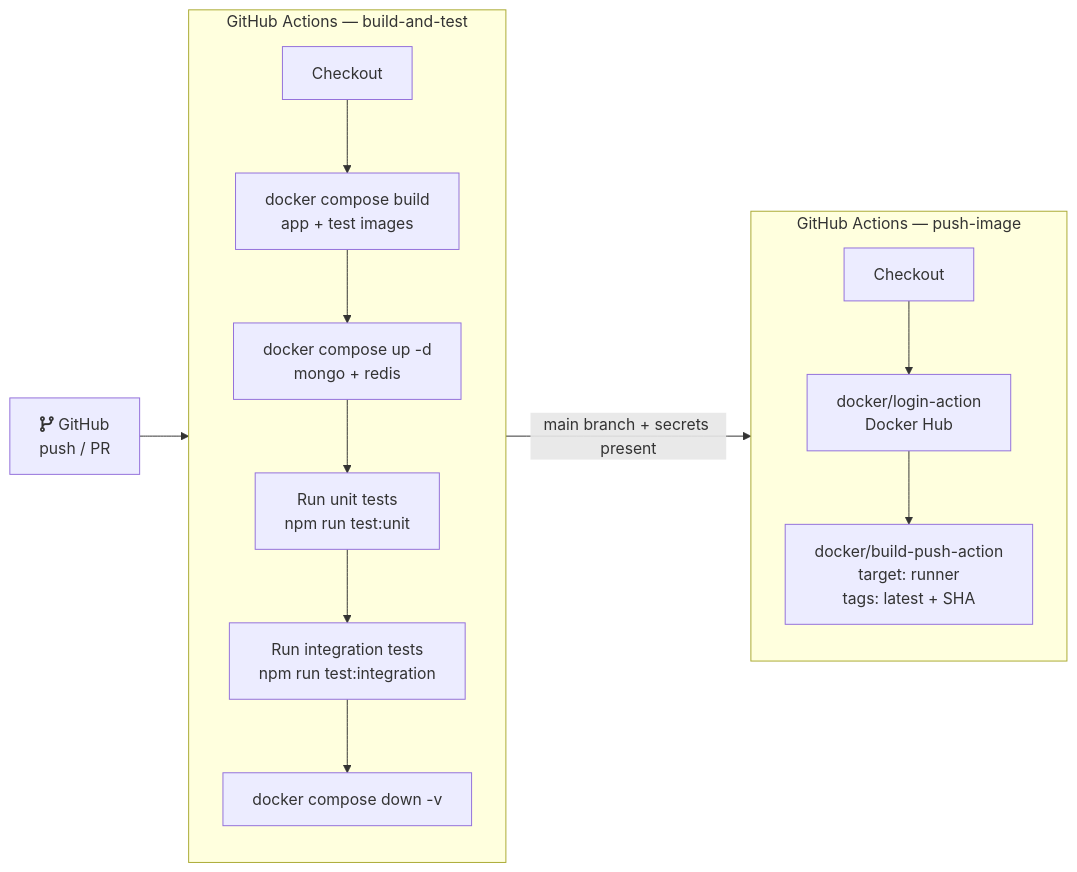
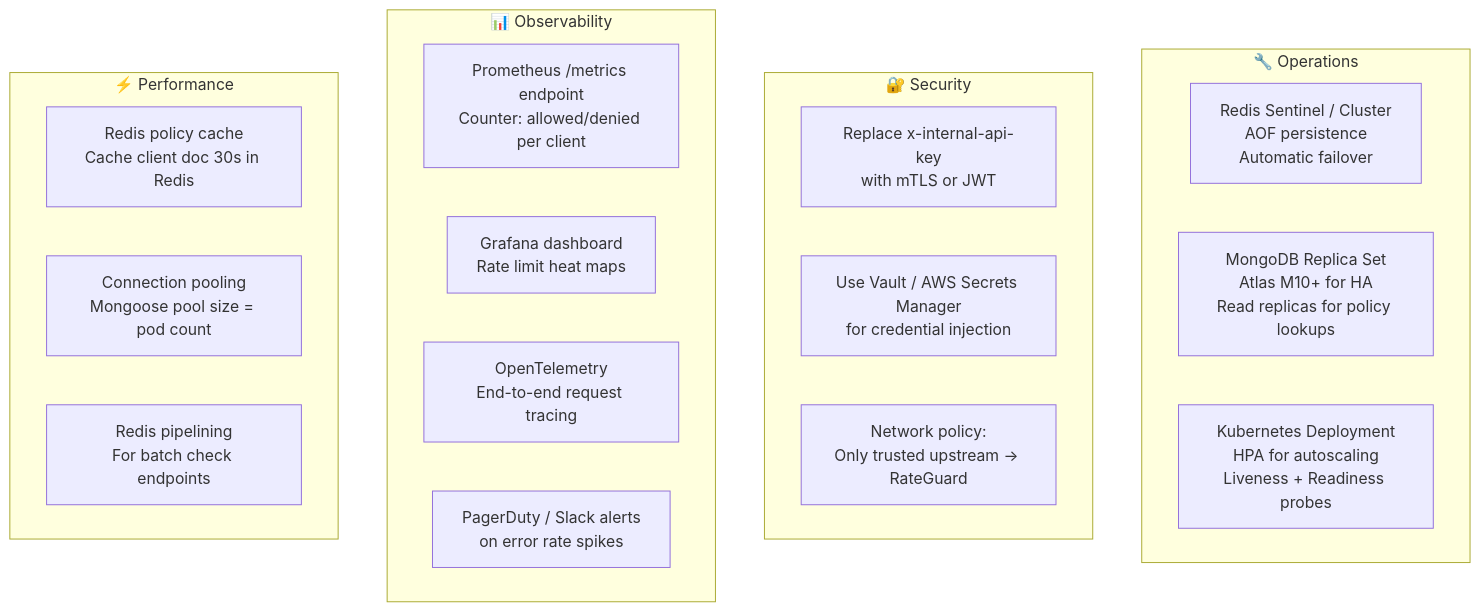
Diagram 16 of 16 in ARCHITECTURE.md (ramalokeshreddyp/RateGuard), drawn with Mermaid before and after one commit. The commit also changed other lines of this file and 2 other files, not shown here.

Commit message:
docs: comprehensive rewrite of README, ARCHITECTURE, and projectdocumentation with rich MermaidJS diagrams

````diff
--- a/ARCHITECTURE.md
+++ b/ARCHITECTURE.md
@@ -335,17 +704,27 @@
 ```mermaid
-flowchart LR
-    GIT["fa:fa-code-branch GitHub\npush / PR"] --> CI
-
-    subgraph CI["GitHub Actions — build-and-test"]
-        B1["Checkout"] --> B2["docker compose build\napp + test images"] --> B3
-        B3["docker compose up -d\nmongo + redis"] --> B4["Run unit tests\nnpm run test:unit"]
-        B4 --> B5["Run integration tests\nnpm run test:integration"] --> B6["docker compose down -v"]
+flowchart TD
+    subgraph OPS["🔧 Operations"]
+        O1["Redis Sentinel / Cluster\nAOF persistence\nAutomatic failover"]
+        O2["MongoDB Replica Set\nAtlas M10+ for HA\nRead replicas for policy lookups"]
+        O3["Kubernetes Deployment\nHPA for autoscaling\nLiveness + Readiness probes"]
     end
 
-    CI -->|"main branch + secrets present"| PUSH
+    subgraph SEC["🔐 Security"]
+        S1["Replace x-internal-api-key\nwith mTLS or JWT"]
+        S2["Use Vault / AWS Secrets Manager\nfor credential injection"]
+        S3["Network policy:\nOnly trusted upstream → RateGuard"]
+    end
 
-    subgraph PUSH["GitHub Actions — push-image"]
-        P1["Checkout"] --> P2["docker/login-action\nDocker Hub"] --> P3
-        P3["docker/build-push-action\ntarget: runner\ntags: latest + SHA"]
+    subgraph OBS["📊 Observability"]
+        B1["Prometheus /metrics endpoint\nCounter: allowed/denied per client"]
+        B2["Grafana dashboard\nRate limit heat maps"]
+        B3["OpenTelemetry\nEnd-to-end request tracing"]
+        B4["PagerDuty / Slack alerts\non error rate spikes"]
+    end
+
+    subgraph PERF["⚡ Performance"]
+        P1["Redis policy cache\nCache client doc 30s in Redis"]
+        P2["Connection pooling\nMongoose pool size = pod count"]
+        P3["Redis pipelining\nFor batch check endpoints"]
     end
 ```
````
